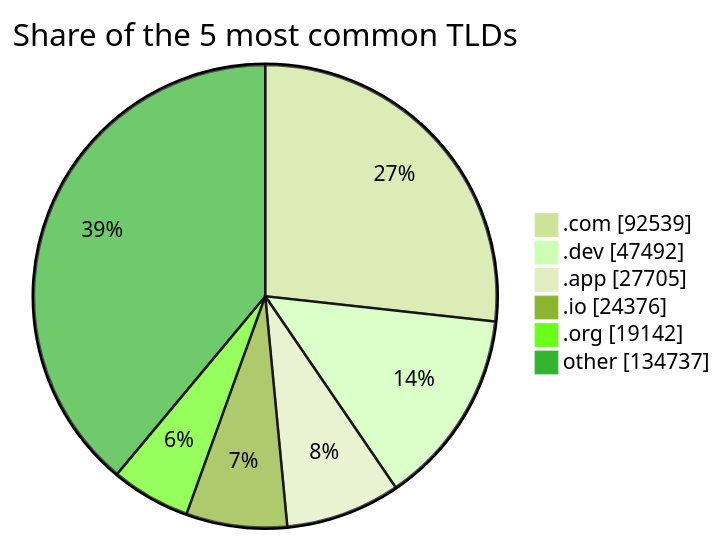
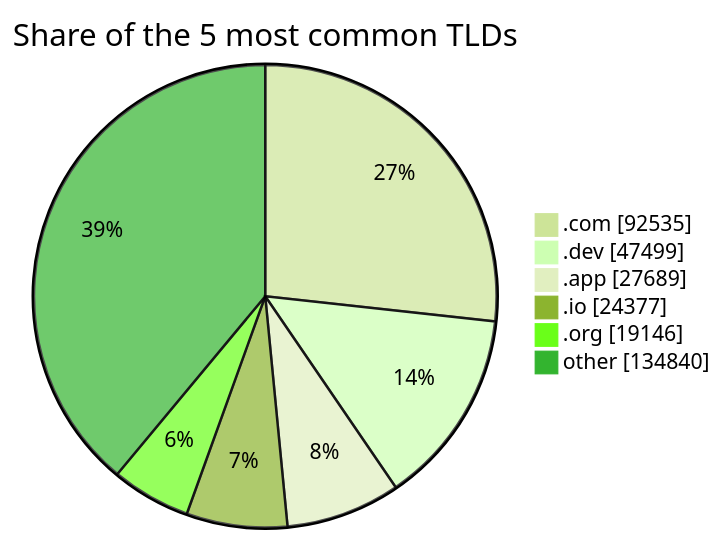
The third of 3 diagrams in README.md (DNSBunker/CTI), drawn with Mermaid (forest theme) before and after one commit. The commit also changed other lines of this file and 3 other files, not shown here.

````diff
--- a/README.md
+++ b/README.md
@@ -81,9 +81,9 @@
 ```mermaid
 pie showData title Share of the 5 most common TLDs
-    ".com" : 92539
-    ".dev" : 47492
-    ".app" : 27705
-    ".io" : 24376
-    ".org" : 19142
-    "other" : 134737
+    ".com" : 92535
+    ".dev" : 47499
+    ".app" : 27689
+    ".io" : 24377
+    ".org" : 19146
+    "other" : 134840
 ```
````
